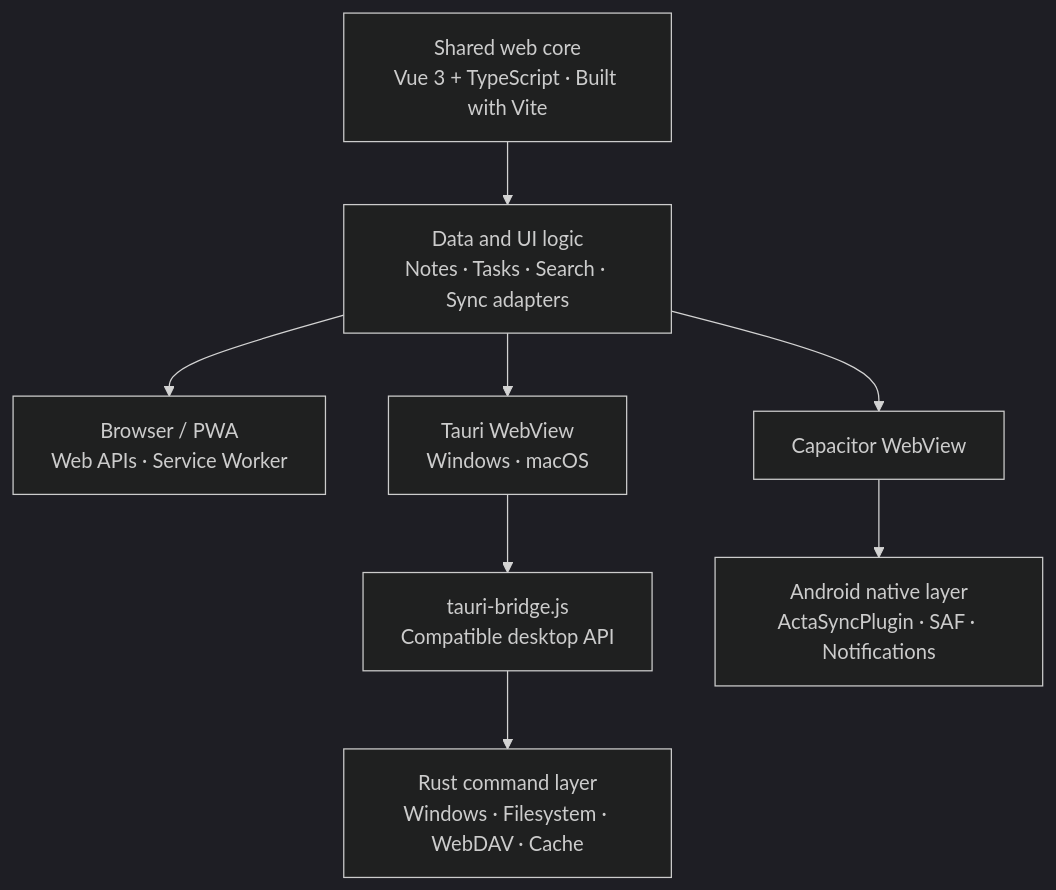
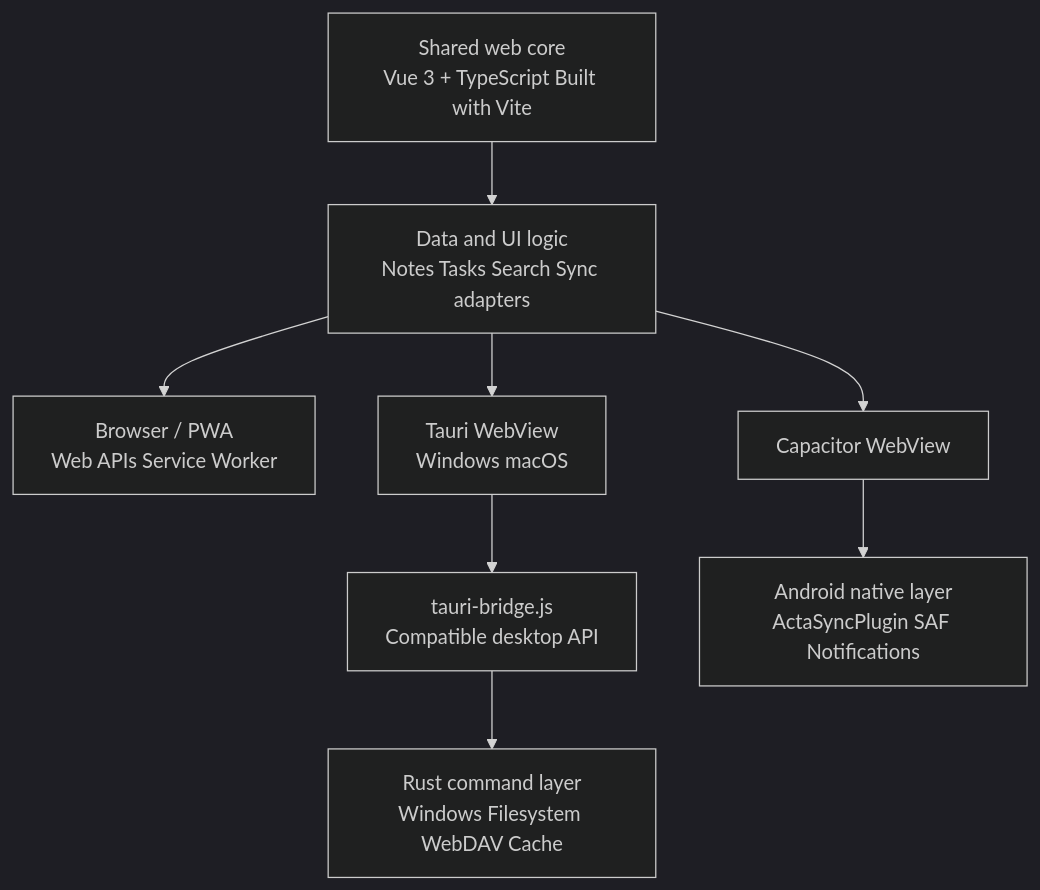
One commit to MogroWangStudio/Acta changed the diagram in README_EN.md. Above: the diagram before and after it, drawn with Mermaid (dark theme). The commit also changed other lines of this file and 7 other files, not shown here.

````diff
--- a/README_EN.md
+++ b/README_EN.md
@@ -80,16 +80,16 @@
 ```mermaid
 flowchart TB
-    Core["Shared web core<br/>Vue 3 + TypeScript · Built with Vite"]
-    Model["Data and UI logic<br/>Notes · Tasks · Search · Sync adapters"]
-    PWA["Browser / PWA<br/>Web APIs · Service Worker"]
-    Tauri["Tauri WebView<br/>Windows · macOS"]
+    Core["Shared web core<br/>Vue 3 + TypeScript Built with Vite"]
+    Model["Data and UI logic<br/>Notes Tasks Search Sync adapters"]
+    PWA["Browser / PWA<br/>Web APIs Service Worker"]
+    Tauri["Tauri WebView<br/>Windows macOS"]
     Bridge["tauri-bridge.js<br/>Compatible desktop API"]
-    Rust["Rust command layer<br/>Windows · Filesystem · WebDAV · Cache"]
+    Rust["Rust command layer<br/>Windows Filesystem WebDAV Cache"]
     Android["Capacitor WebView"]
-    Native["Android native layer<br/>ActaSyncPlugin · SAF · Notifications"]
+    Native["Android native layer<br/>ActaSyncPlugin SAF Notifications"]
 
     Core --> Model
     Model --> PWA
     Model --> Tauri --> Bridge --> Rust
     Model --> Android --> Native
 ```
````
